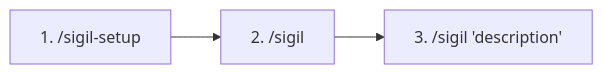
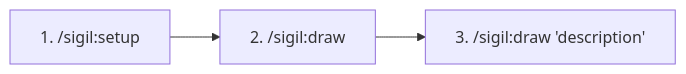
One commit to adamried/sigil-os changed the first of 3 diagrams in docs/user-guide.md. Above: the diagram before and after it, drawn with Mermaid. The commit also changed other lines of this file and 61 other files, not shown here.

First line of the commit message:
Rename commands: /sigil-* → /sigil:* with /sigil → /sigil:draw (v0.32.0)

````diff
--- a/docs/user-guide.md
+++ b/docs/user-guide.md
@@ -116,5 +116,5 @@
 ```mermaid
 flowchart LR
-    A["1. /sigil-setup"] --> B["2. /sigil"]
-    B --> C["3. /sigil 'description'"]
+    A["1. /sigil:setup"] --> B["2. /sigil:draw"]
+    B --> C["3. /sigil:draw 'description'"]
 ```
````
